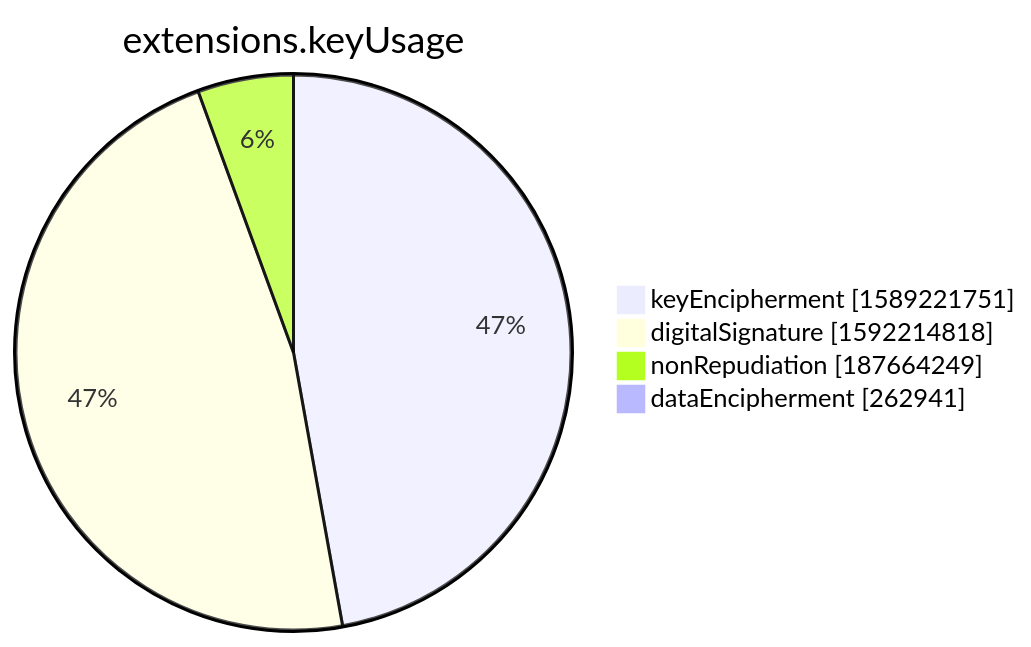
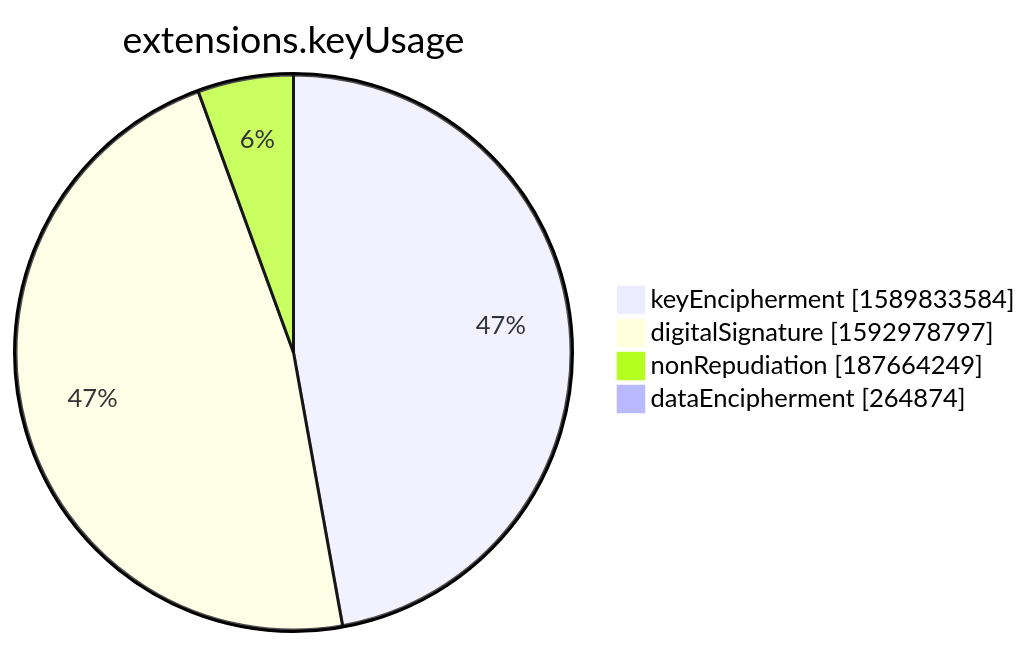
One commit to christiankrug/ctmonitor_visualization changed the seventh of 15 diagrams in xenon2022/README.md. Above: the diagram before and after it, drawn with Mermaid. The commit also changed other lines of this file, not shown here.

````diff
--- a/xenon2022/README.md
+++ b/xenon2022/README.md
@@ -2854,8 +2854,8 @@
 ```mermaid
 pie showData
 title extensions.keyUsage
-"keyEncipherment" :1589221751
-"digitalSignature" :1592214818
+"keyEncipherment" :1589833584
+"digitalSignature" :1592978797
 "nonRepudiation" :187664249
-"dataEncipherment" :262941
+"dataEncipherment" :264874
 ```
````
